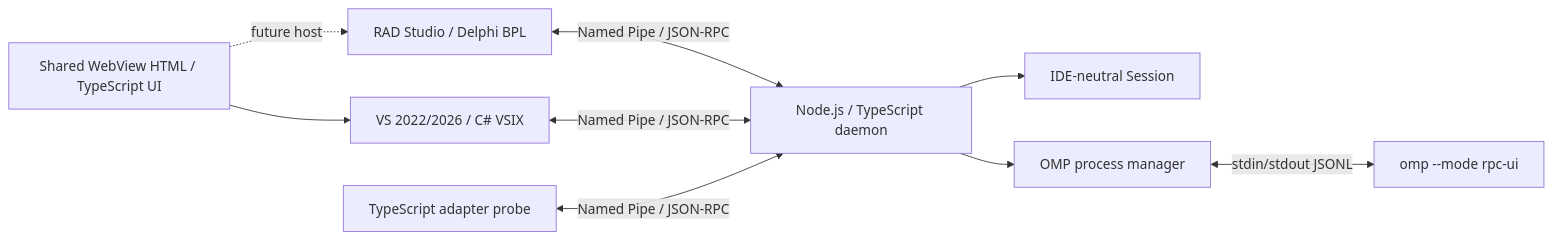
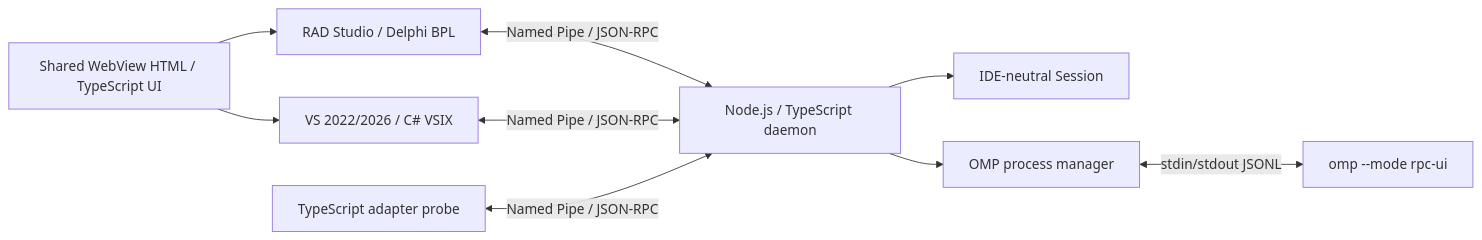
The diagram in ARCHITECTURE.md (kimmingul/PiAgent), drawn with Mermaid before and after one commit. The commit also changed other lines of this file and 50 other files, not shown here.

````diff
--- a/ARCHITECTURE.md
+++ b/ARCHITECTURE.md
@@ -27,11 +32,11 @@
 ```mermaid
 flowchart LR
     RAD["RAD Studio / Delphi BPL"] <-->|"Named Pipe / JSON-RPC"| D["Node.js / TypeScript daemon"]
     VS["VS 2022/2026 / C# VSIX"] <-->|"Named Pipe / JSON-RPC"| D
     Probe["TypeScript adapter probe"] <-->|"Named Pipe / JSON-RPC"| D
     D --> C["IDE-neutral Session"]
     D --> M["OMP process manager"]
     M <-->|"stdin/stdout JSONL"| OMP["omp --mode rpc-ui"]
-    UI["Shared WebView HTML / TypeScript UI"] -.->|"future host"| RAD
+    UI["Shared WebView HTML / TypeScript UI"] --> RAD
     UI --> VS
 ```
````
